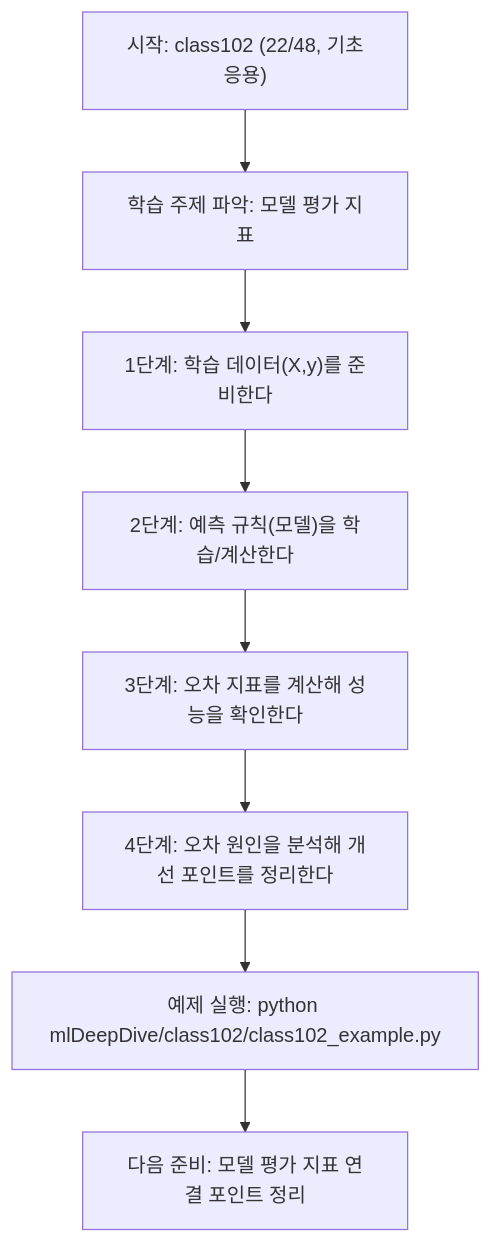
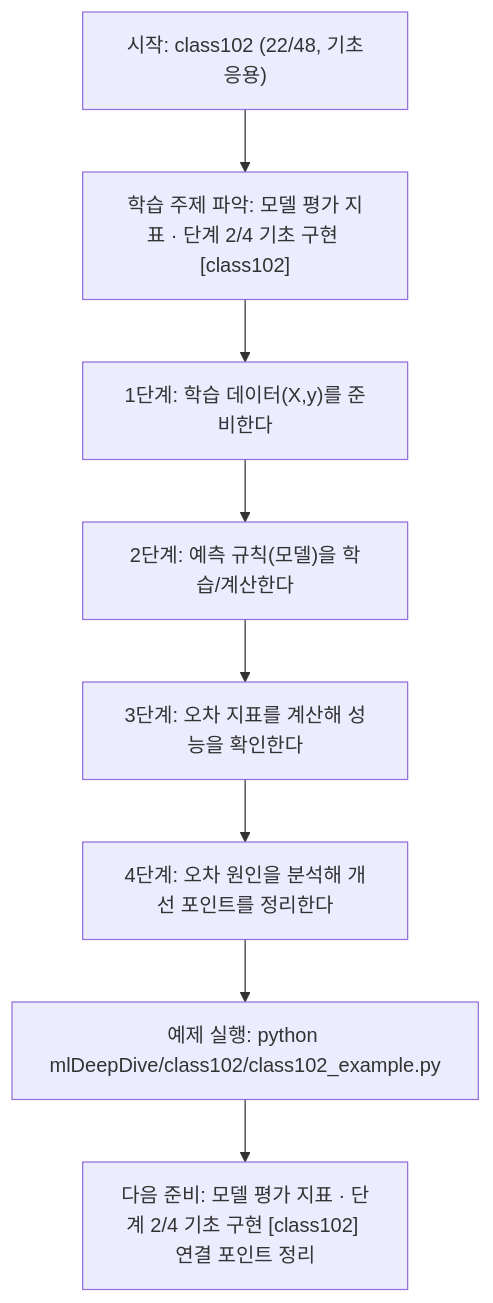
One commit to edumgt/Python-AI_Agent-Class changed the diagram in mlDeepDive/class102/class102.md. Above: the diagram before and after it, drawn with Mermaid. The commit also changed other lines of this file and 522 other files, not shown here.

````diff
--- a/mlDeepDive/class102/class102.md
+++ b/mlDeepDive/class102/class102.md
@@ -109,18 +110,18 @@
 ```mermaid
 flowchart TD
 N1["시작: class102 (22/48, 기초응용)"]
-N2["학습 주제 파악: 모델 평가 지표"]
+N2["학습 주제 파악: 모델 평가 지표 · 단계 2/4 기초 구현 [class102]"]
 N3["1단계: 학습 데이터(X,y)를 준비한다"]
 N4["2단계: 예측 규칙(모델)을 학습/계산한다"]
 N5["3단계: 오차 지표를 계산해 성능을 확인한다"]
 N6["4단계: 오차 원인을 분석해 개선 포인트를 정리한다"]
 N7["예제 실행: python mlDeepDive/class102/class102_example.py"]
-N8["다음 준비: 모델 평가 지표 연결 포인트 정리"]
+N8["다음 준비: 모델 평가 지표 · 단계 2/4 기초 구현 [class102] 연결 포인트 정리"]
 N1 --> N2
 N2 --> N3
 N3 --> N4
 N4 --> N5
 N5 --> N6
 N6 --> N7
 N7 --> N8
 ```
````
